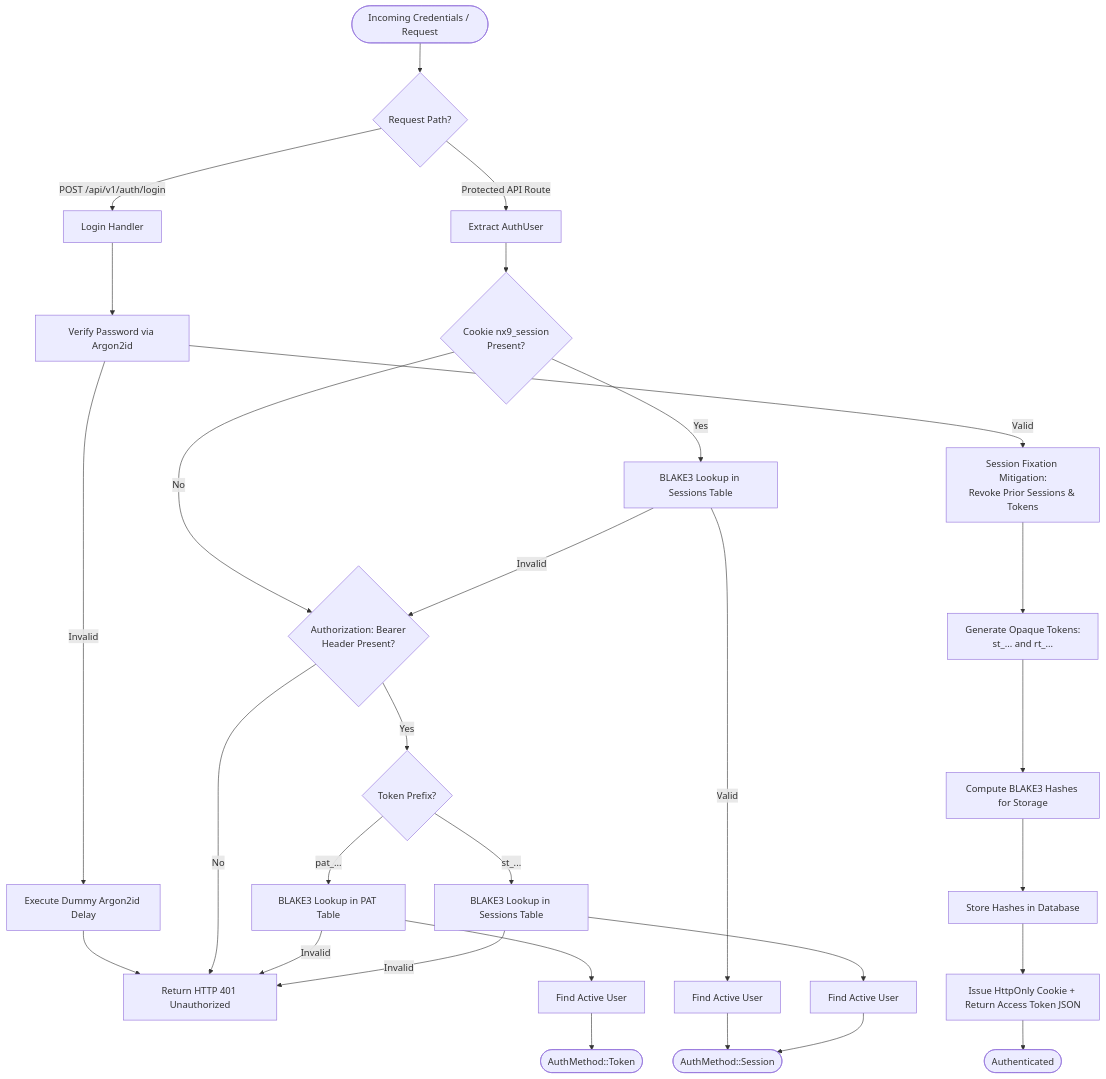
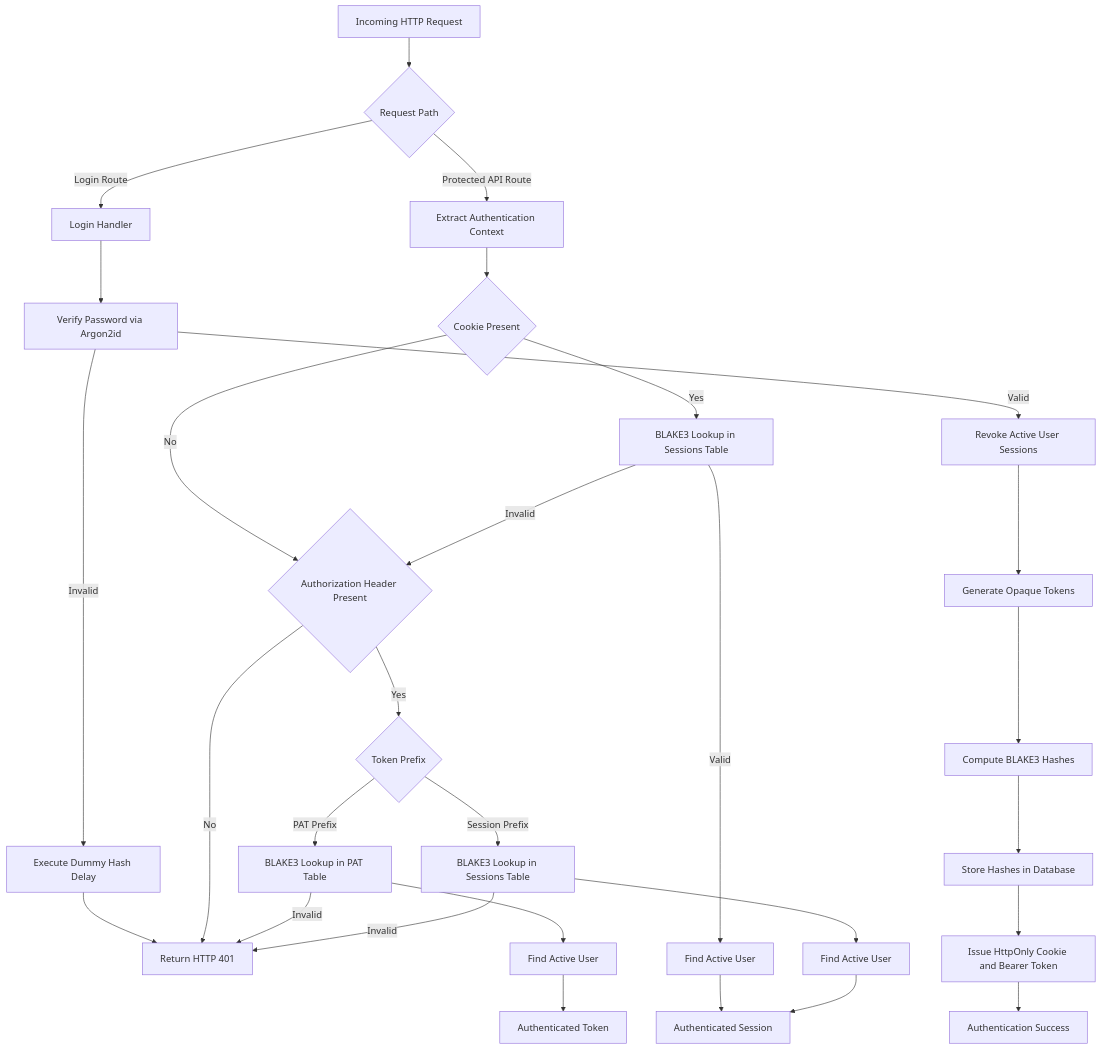
The fourth of 8 diagrams in docs/ARCHITECTURE.md (thakares/nx9-auth), drawn with Mermaid before and after one commit. The commit also changed other lines of this file, not shown here.

Commit message:
docs: add architecture documentation and standardize filenames

````diff
--- a/docs/ARCHITECTURE.md
+++ b/docs/ARCHITECTURE.md
@@ -183,29 +166,24 @@
 ```mermaid
 flowchart TD
-    AuthRequest([Incoming Credentials / Request]) --> RouteType{Request Path?}
-    
-    RouteType -- POST /api/v1/auth/login --> LoginHandler[Login Handler]
+    AuthRequest[Incoming HTTP Request] --> RouteType{Request Path}
+    RouteType -- Login Route --> LoginHandler[Login Handler]
     LoginHandler --> VerifyPassword[Verify Password via Argon2id]
-    VerifyPassword -- Invalid --> TimingMitigation[Execute Dummy Argon2id Delay] --> Return401[Return HTTP 401 Unauthorized]
-    VerifyPassword -- Valid --> RevokeSessions[Session Fixation Mitigation:\nRevoke Prior Sessions & Tokens]
-    
-    RevokeSessions --> GenerateTokens[Generate Opaque Tokens:\nst_... and rt_...]
-    GenerateTokens --> HashTokens[Compute BLAKE3 Hashes for Storage]
+    VerifyPassword -- Invalid --> TimingMitigation[Execute Dummy Hash Delay] --> Return401[Return HTTP 401]
+    VerifyPassword -- Valid --> RevokeSessions[Revoke Active User Sessions]
+    RevokeSessions --> GenerateTokens[Generate Opaque Tokens]
+    GenerateTokens --> HashTokens[Compute BLAKE3 Hashes]
     HashTokens --> SaveDB[Store Hashes in Database]
-    SaveDB --> IssueAuth[Issue HttpOnly Cookie + Return Access Token JSON] --> AuthSuccess([Authenticated])
-
-    RouteType -- Protected API Route --> ExtractAuth[Extract AuthUser]
-    ExtractAuth --> CheckCookie{Cookie nx9_session\nPresent?}
+    SaveDB --> IssueAuth[Issue HttpOnly Cookie and Bearer Token] --> AuthSuccess[Authentication Success]
+    RouteType -- Protected API Route --> ExtractAuth[Extract Authentication Context]
+    ExtractAuth --> CheckCookie{Cookie Present}
     CheckCookie -- Yes --> ValidateCookie[BLAKE3 Lookup in Sessions Table]
-    ValidateCookie -- Valid --> ExtractUserCookie[Find Active User] --> SessionAuth([AuthMethod::Session])
-    
-    CheckCookie -- No --> CheckHeader{Authorization: Bearer\nHeader Present?}
-    CheckHeader -- Yes --> TokenPrefix{Token Prefix?}
-    TokenPrefix -- pat_... --> ValidatePAT[BLAKE3 Lookup in PAT Table] --> ExtractUserPAT[Find Active User] --> PATAuth([AuthMethod::Token])
-    TokenPrefix -- st_... --> ValidateSession[BLAKE3 Lookup in Sessions Table] --> ExtractUserSession[Find Active User] --> SessionAuth
-    
+    ValidateCookie -- Valid --> ExtractUserCookie[Find Active User] --> SessionAuth[Authenticated Session]
+    CheckCookie -- No --> CheckHeader{Authorization Header Present}
+    CheckHeader -- Yes --> TokenPrefix{Token Prefix}
+    TokenPrefix -- PAT Prefix --> ValidatePAT[BLAKE3 Lookup in PAT Table] --> ExtractUserPAT[Find Active User] --> PATAuth[Authenticated Token]
+    TokenPrefix -- Session Prefix --> ValidateSession[BLAKE3 Lookup in Sessions Table] --> ExtractUserSession[Find Active User] --> SessionAuth
     CheckHeader -- No --> Return401
     ValidateCookie -- Invalid --> CheckHeader
     ValidatePAT -- Invalid --> Return401
     ValidateSession -- Invalid --> Return401
 ```
````
